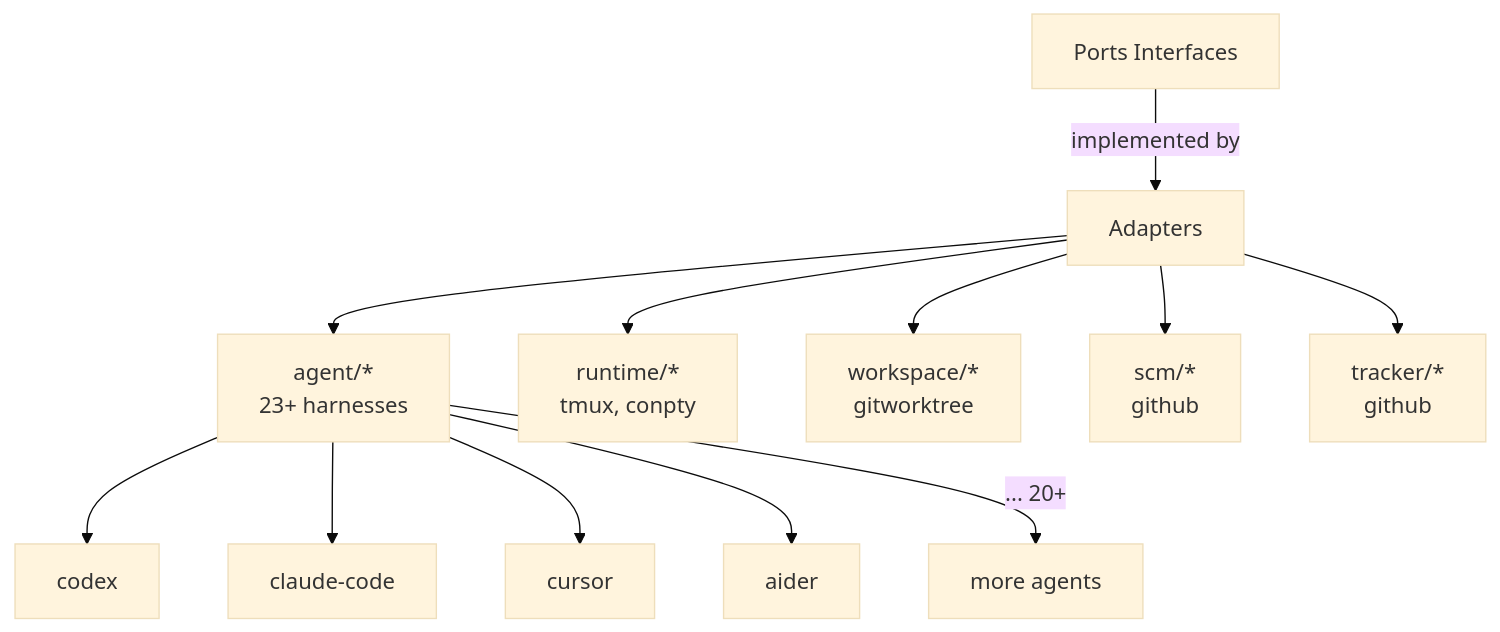
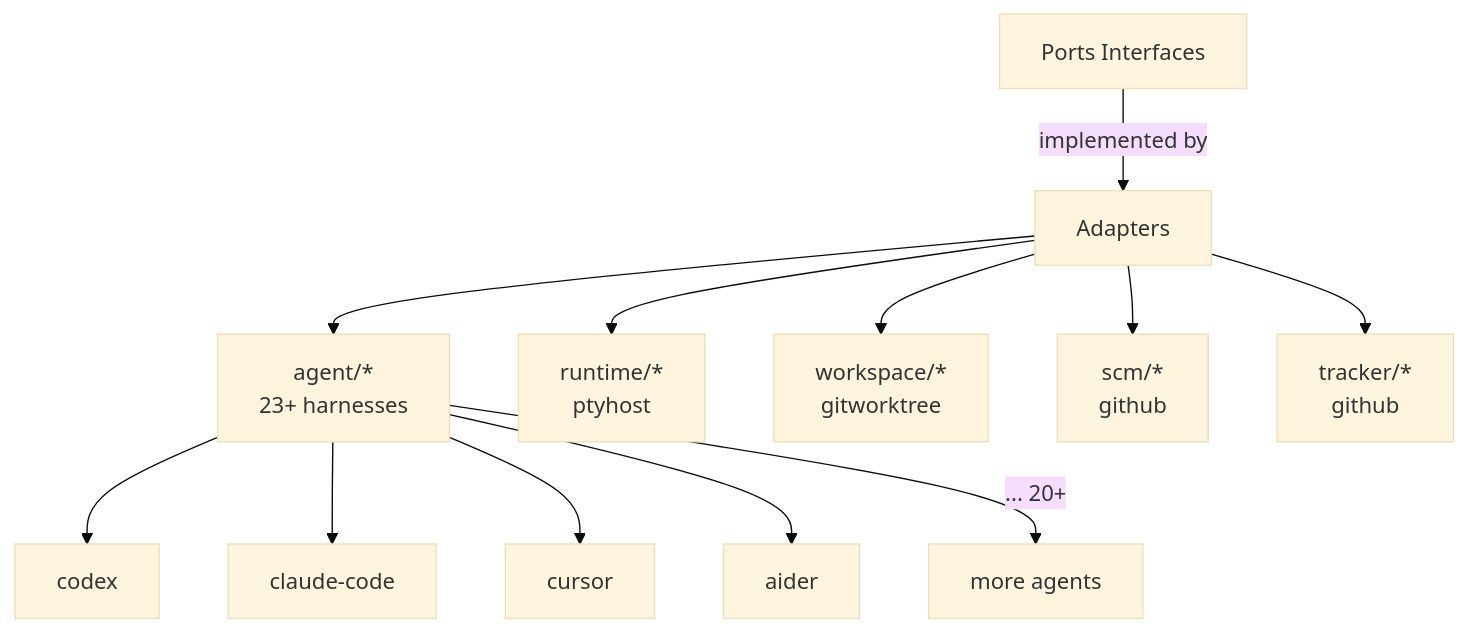
Before and after one commit to OmarAly92/Operator: diagram 16 of 23 in docs/backend-code-structure.md, drawn with Mermaid (base theme). The commit also changed other lines of this file and 64 other files, not shown here.

First line of the commit message:
feat(runtime)!: replace tmux with the pty-host on every platform

````diff
--- a/docs/backend-code-structure.md
+++ b/docs/backend-code-structure.md
@@ -599,17 +599,17 @@
 ```mermaid
 graph TD
     Ports[Ports Interfaces] -->|implemented by| Adapters[Adapters]
 
     Adapters --> Agent[agent/*<br/>23+ harnesses]
-    Adapters --> Runtime[runtime/*<br/>tmux, conpty]
+    Adapters --> Runtime[runtime/*<br/>ptyhost]
     Adapters --> Workspace[workspace/*<br/>gitworktree]
     Adapters --> SCM[scm/*<br/>github]
     Adapters --> Tracker[tracker/*<br/>github]
 
     Agent --> Codex[codex]
     Agent --> Claude[claude-code]
     Agent --> Cursor[cursor]
     Agent --> Aider[aider]
     Agent -->|... 20+| More[more agents]
 
 ```
````
